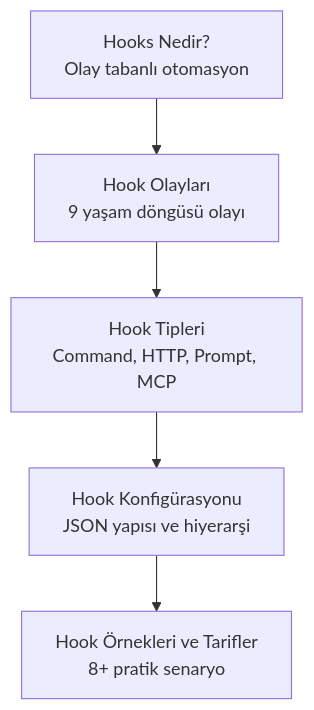
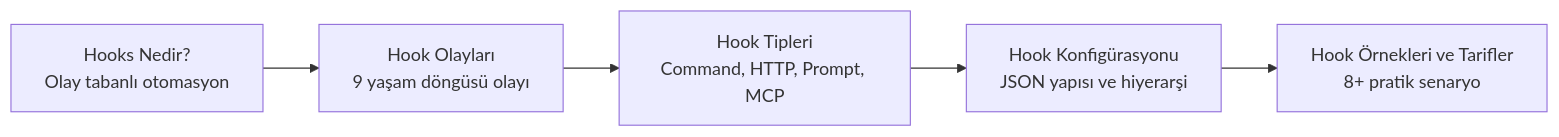
Before and after one commit to IzzetYasinAtes/ClaudeCodeHandbook: the diagram in 14-hooks-ve-otomasyon/README.md, drawn with Mermaid. The commit also changed 145 other files, not shown here.

Commit message:
Updated README and various markdown files to enhance readability by replacing newline characters with HTML line breaks in flowcharts and diagrams. This improves the visual presentation of content related to AI fundamentals, large language models, and their applications.

````diff
--- a/14-hooks-ve-otomasyon/README.md
+++ b/14-hooks-ve-otomasyon/README.md
@@ -7,7 +7,7 @@
 ```mermaid
-flowchart TD
-    A["Hooks Nedir?\nOlay tabanlı otomasyon"] --> B["Hook Olayları\n9 yaşam döngüsü olayı"]
-    B --> C["Hook Tipleri\nCommand, HTTP, Prompt, MCP"]
-    C --> D["Hook Konfigürasyonu\nJSON yapısı ve hiyerarşi"]
-    D --> E["Hook Örnekleri ve Tarifler\n8+ pratik senaryo"]
+flowchart LR
+    A["Hooks Nedir?<br/>Olay tabanlı otomasyon"] --> B["Hook Olayları<br/>9 yaşam döngüsü olayı"]
+    B --> C["Hook Tipleri<br/>Command, HTTP, Prompt, MCP"]
+    C --> D["Hook Konfigürasyonu<br/>JSON yapısı ve hiyerarşi"]
+    D --> E["Hook Örnekleri ve Tarifler<br/>8+ pratik senaryo"]
 ```
````
